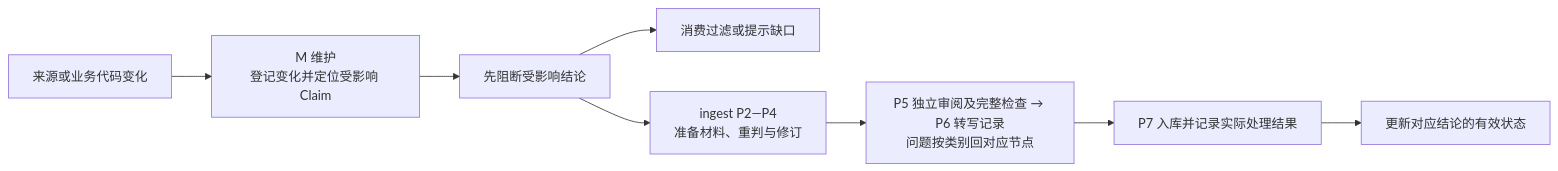
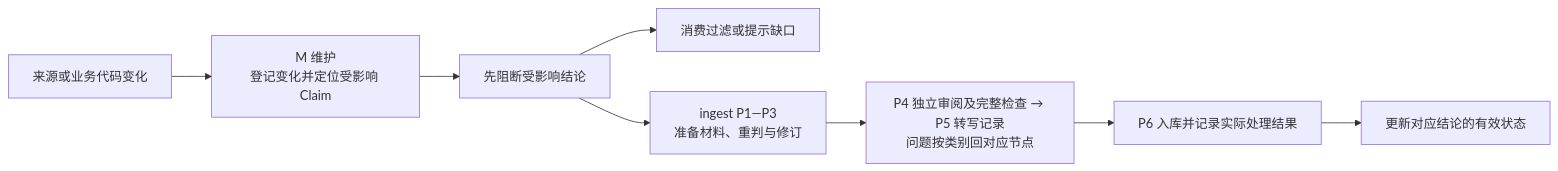
Before and after one commit to Robin-hhc/FactumCore: the tenth of 27 diagrams in himate/himate-knowledge-wifi-mp/docs-llm-wiki/知识库详细设计.md, drawn with Mermaid. The commit also changed other lines of this file and 190 other files, not shown here.

````diff
--- a/himate/himate-knowledge-wifi-mp/docs-llm-wiki/知识库详细设计.md
+++ b/himate/himate-knowledge-wifi-mp/docs-llm-wiki/知识库详细设计.md
@@ -404,10 +405,10 @@
 ```mermaid
 flowchart LR
     CH["来源或业务代码变化"] --> M["M 维护<br/>登记变化并定位受影响 Claim"]
     M --> BLOCK["先阻断受影响结论"]
     BLOCK --> Q["消费过滤或提示缺口"]
-    BLOCK --> P["ingest P2—P4<br/>准备材料、重判与修订"]
-    P --> CHECK["P5 独立审阅及完整检查 → P6 转写记录<br/>问题按类别回对应节点"]
-    CHECK --> APPLY["P7 入库并记录实际处理结果"]
+    BLOCK --> P["ingest P1—P3<br/>准备材料、重判与修订"]
+    P --> CHECK["P4 独立审阅及完整检查 → P5 转写记录<br/>问题按类别回对应节点"]
+    CHECK --> APPLY["P6 入库并记录实际处理结果"]
     APPLY --> ADV["更新对应结论的有效状态"]
 ```
````
